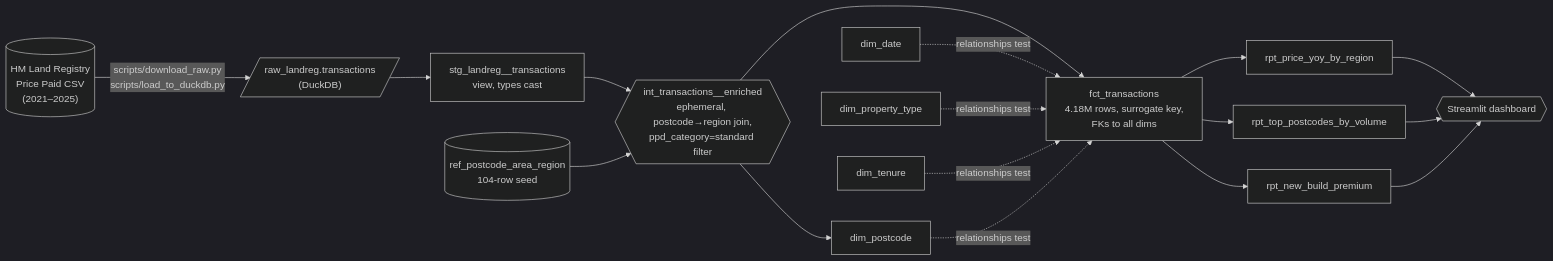
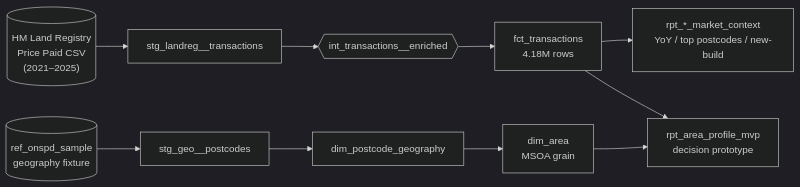
One commit to rosscyking1115/movein changed the diagram in README.md. Above: the diagram before and after it, drawn with Mermaid (dark theme). The commit also changed other lines of this file and 80 other files, not shown here.

````diff
--- a/README.md
+++ b/README.md
@@ -17,34 +75,18 @@
 ```mermaid
 flowchart LR
   src[("HM Land Registry<br/>Price Paid CSV<br/>(2021–2025)")]
-  raw[/"raw_landreg.transactions<br/>(DuckDB)"/]
-  stg[stg_landreg__transactions<br/>view, types cast]
-  seed[(ref_postcode_area_region<br/>104-row seed)]
-  int{{int_transactions__enriched<br/>ephemeral, postcode→region join,<br/>ppd_category=standard filter}}
-  dim_pc[dim_postcode]
-  dim_d[dim_date]
-  dim_pt[dim_property_type]
-  dim_t[dim_tenure]
-  fct[fct_transactions<br/>4.18M rows, surrogate key,<br/>FKs to all dims]
-  rpt1[rpt_price_yoy_by_region]
-  rpt2[rpt_top_postcodes_by_volume]
-  rpt3[rpt_new_build_premium]
-  dash{{Streamlit dashboard}}
+  onspd[(ref_onspd_sample<br/>geography fixture)]
+  stg[stg_landreg__transactions]
+  stg_geo[stg_geo__postcodes]
+  int{{int_transactions__enriched}}
+  fct[fct_transactions<br/>4.18M rows]
+  dpg[dim_postcode_geography]
+  area[dim_area<br/>MSOA grain]
+  rptm[rpt_*_market_context<br/>YoY / top postcodes / new-build]
+  prof[rpt_area_profile_mvp<br/>decision prototype]
 
-  src -->|scripts/download_raw.py<br/>scripts/load_to_duckdb.py| raw
-  raw --> stg
-  stg --> int
-  seed --> int
-  int --> dim_pc
-  int --> fct
-  dim_d -. relationships test .-> fct
-  dim_pt -. relationships test .-> fct
-  dim_t -. relationships test .-> fct
-  dim_pc -. relationships test .-> fct
-  fct --> rpt1
-  fct --> rpt2
-  fct --> rpt3
-  rpt1 --> dash
-  rpt2 --> dash
-  rpt3 --> dash
+  src --> stg --> int --> fct --> rptm
+  onspd --> stg_geo --> dpg --> area
+  fct --> prof
+  area --> prof
 ```
````
